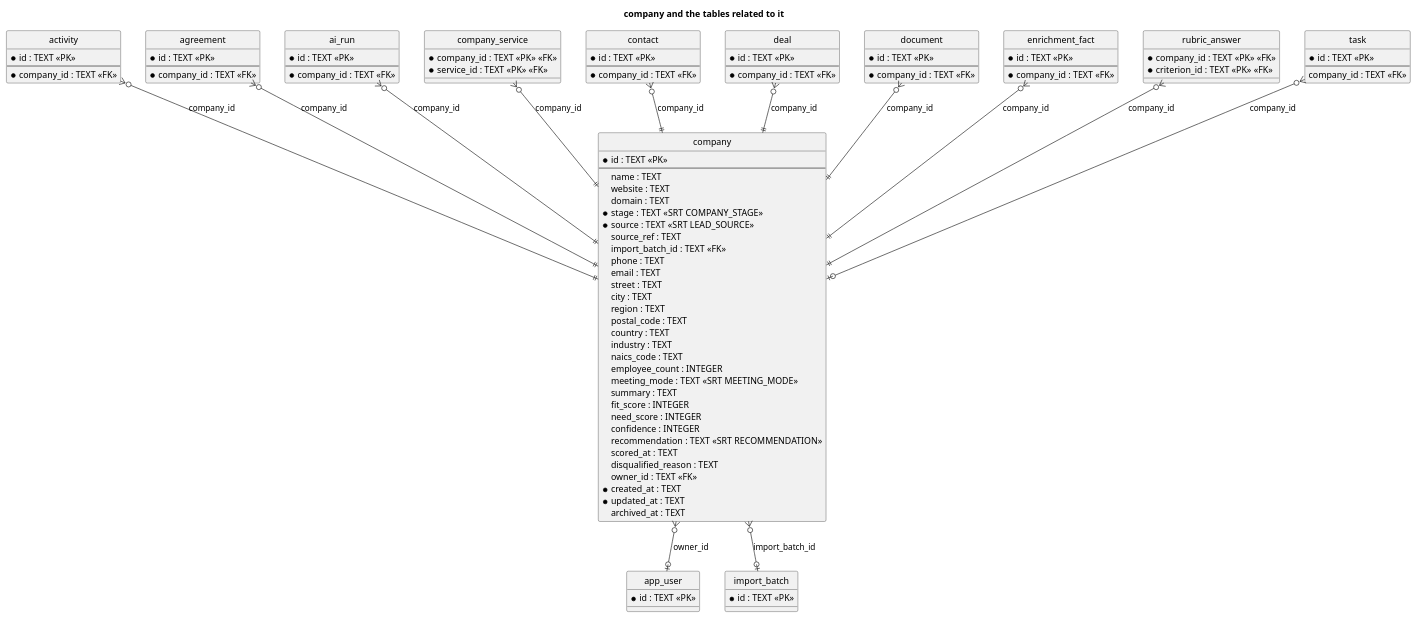
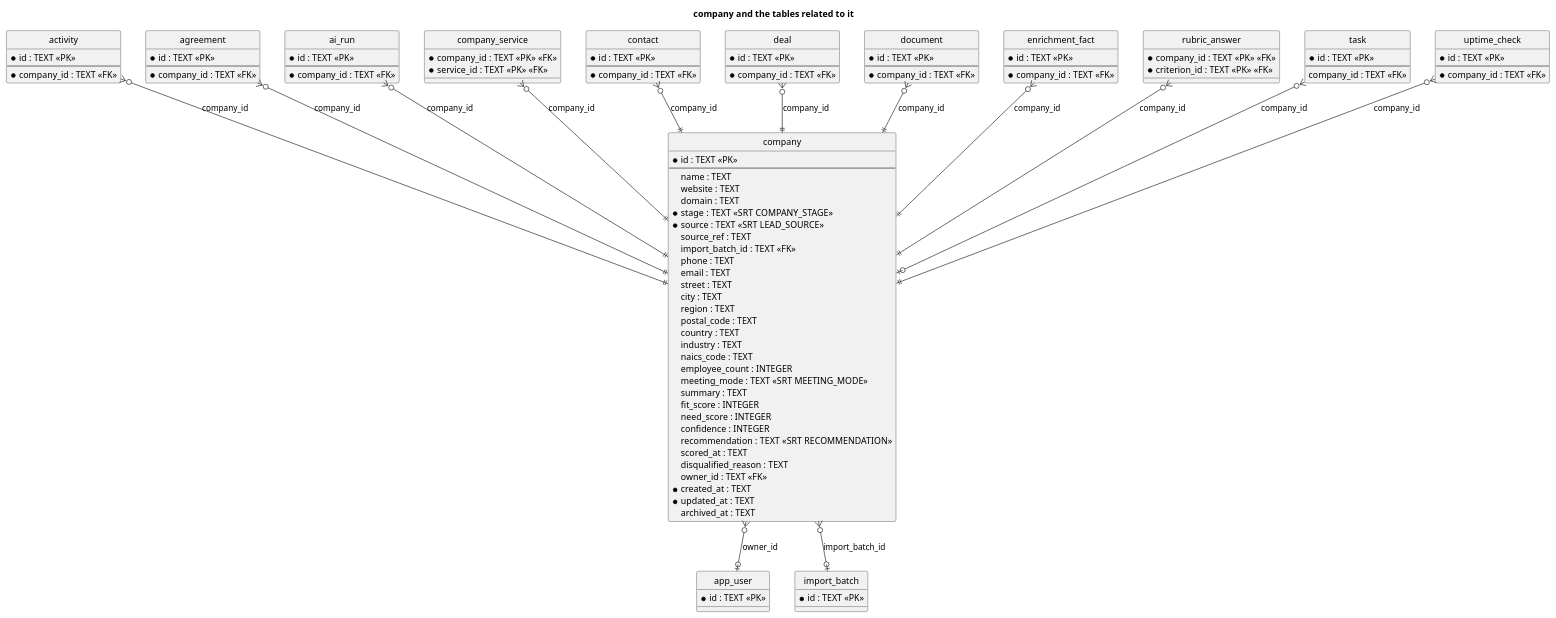
One commit to andexor/andexor-carmen-main changed the diagram in doc/uml/erd-company.puml. Above: the diagram before and after it, drawn with PlantUML. The commit also changed 5 other files, not shown here.

```diff
--- a/doc/uml/erd-company.puml
+++ b/doc/uml/erd-company.puml
@@ -5,119 +5,126 @@
 @startuml erd-company
 title company and the tables related to it
 hide circle
 skinparam nodesep 40
 skinparam ranksep 60
 
 entity activity {
   * id : TEXT <<PK>>
   --
   * company_id : TEXT <<FK>>
 }
 
 entity agreement {
   * id : TEXT <<PK>>
   --
   * company_id : TEXT <<FK>>
 }
 
 entity ai_run {
   * id : TEXT <<PK>>
   --
   * company_id : TEXT <<FK>>
 }
 
 entity app_user {
   * id : TEXT <<PK>>
 }
 
 entity company {
   * id : TEXT <<PK>>
   --
     name : TEXT
     website : TEXT
     domain : TEXT
   * stage : TEXT <<SRT COMPANY_STAGE>>
   * source : TEXT <<SRT LEAD_SOURCE>>
     source_ref : TEXT
     import_batch_id : TEXT <<FK>>
     phone : TEXT
     email : TEXT
     street : TEXT
     city : TEXT
     region : TEXT
     postal_code : TEXT
     country : TEXT
     industry : TEXT
     naics_code : TEXT
     employee_count : INTEGER
     meeting_mode : TEXT <<SRT MEETING_MODE>>
     summary : TEXT
     fit_score : INTEGER
     need_score : INTEGER
     confidence : INTEGER
     recommendation : TEXT <<SRT RECOMMENDATION>>
     scored_at : TEXT
     disqualified_reason : TEXT
     owner_id : TEXT <<FK>>
   * created_at : TEXT
   * updated_at : TEXT
     archived_at : TEXT
 }
 
 entity company_service {
   * company_id : TEXT <<PK>> <<FK>>
   * service_id : TEXT <<PK>> <<FK>>
 }
 
 entity contact {
   * id : TEXT <<PK>>
   --
   * company_id : TEXT <<FK>>
 }
 
 entity deal {
   * id : TEXT <<PK>>
   --
   * company_id : TEXT <<FK>>
 }
 
 entity document {
   * id : TEXT <<PK>>
   --
   * company_id : TEXT <<FK>>
 }
 
 entity enrichment_fact {
   * id : TEXT <<PK>>
   --
   * company_id : TEXT <<FK>>
 }
 
 entity import_batch {
   * id : TEXT <<PK>>
 }
 
 entity rubric_answer {
   * company_id : TEXT <<PK>> <<FK>>
   * criterion_id : TEXT <<PK>> <<FK>>
 }
 
 entity task {
   * id : TEXT <<PK>>
   --
     company_id : TEXT <<FK>>
 }
 
+entity uptime_check {
+  * id : TEXT <<PK>>
+  --
+  * company_id : TEXT <<FK>>
+}
+
 activity }o--|| company : company_id
 agreement }o--|| company : company_id
 ai_run }o--|| company : company_id
 company }o--o| app_user : owner_id
 company }o--o| import_batch : import_batch_id
 company_service }o--|| company : company_id
 contact }o--|| company : company_id
 deal }o--|| company : company_id
 document }o--|| company : company_id
 enrichment_fact }o--|| company : company_id
 rubric_answer }o--|| company : company_id
 task }o--o| company : company_id
+uptime_check }o--|| company : company_id
 @enduml
```
